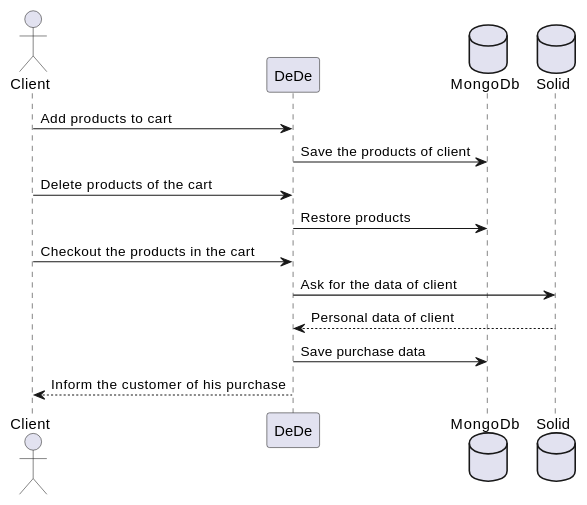
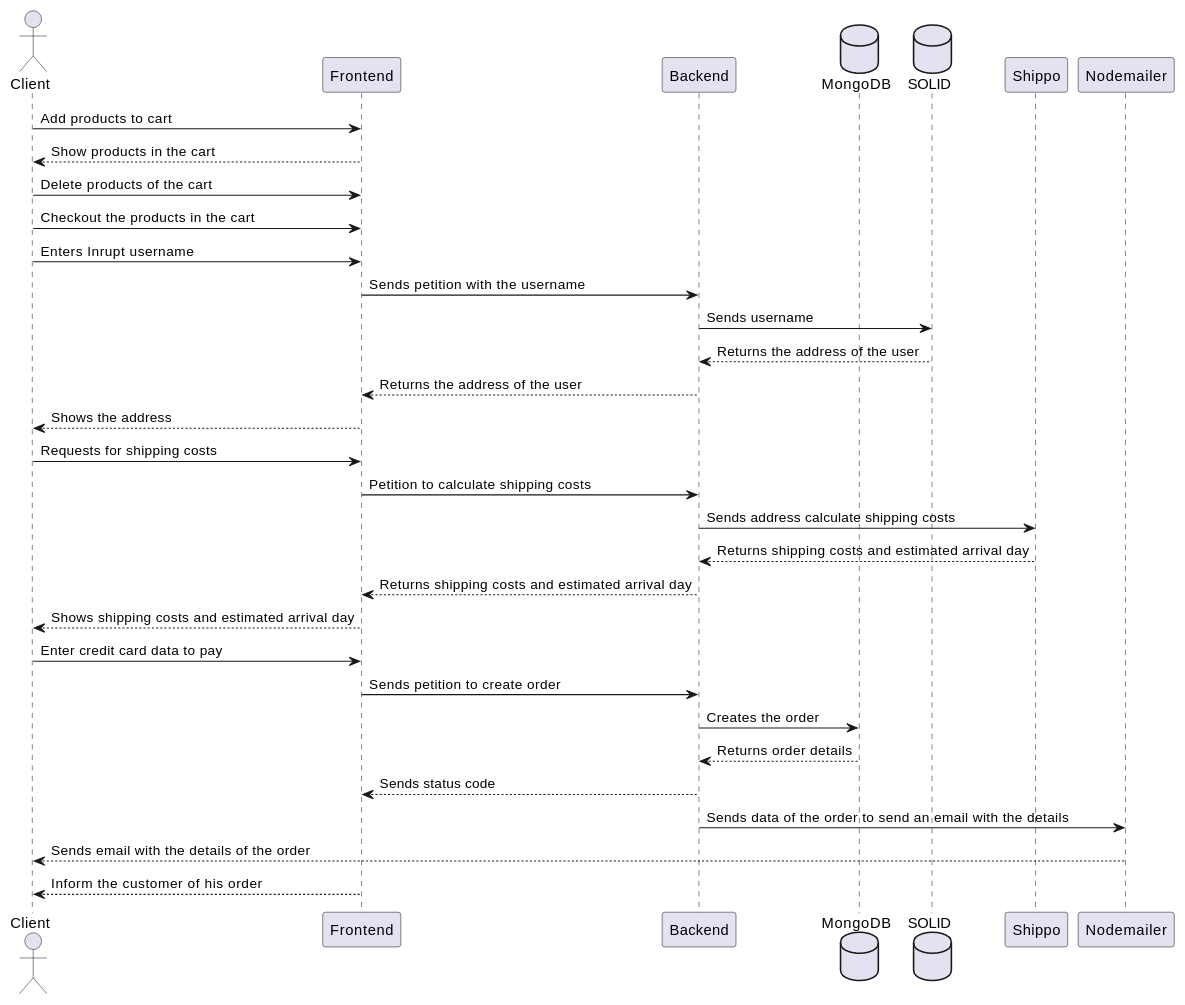
Before and after one commit to Arquisoft/Arquisoft-dede_es_04a: the third of 6 diagrams in docs/06_runtime_view.adoc, drawn with PlantUML.

Commit message:
Diagrama de compra

```diff
--- a/docs/06_runtime_view.adoc
+++ b/docs/06_runtime_view.adoc
@@ -65,18 +65,36 @@
 [plantuml,"BuyingProcess",png]
 ----
 @startuml
 actor Client
-participant DeDe
-database MongoDb
-database Solid
-Client -> DeDe: Add products to cart
-DeDe -> MongoDb: Save the products of client
-Client -> DeDe: Delete products of the cart
-DeDe -> MongoDb: Restore products
-Client -> DeDe: Checkout the products in the cart
-DeDe -> Solid: Ask for the data of client
-Solid --> DeDe: Personal data of client
-DeDe -> MongoDb: Save purchase data
-DeDe --> Client: Inform the customer of his purchase
+participant Frontend
+participant Backend
+database MongoDB
+database SOLID
+participant Shippo
+participant Nodemailer
+Client -> Frontend: Add products to cart
+Frontend --> Client: Show products in the cart
+Client -> Frontend: Delete products of the cart
+Client -> Frontend: Checkout the products in the cart
+Client -> Frontend: Enters Inrupt username
+Frontend -> Backend: Sends petition with the username
+Backend -> SOLID: Sends username
+SOLID --> Backend: Returns the address of the user
+Backend --> Frontend: Returns the address of the user
+Frontend --> Client: Shows the address
+Client -> Frontend: Requests for shipping costs
+Frontend -> Backend: Petition to calculate shipping costs
+Backend -> Shippo: Sends address calculate shipping costs
+Shippo --> Backend: Returns shipping costs and estimated arrival day
+Backend --> Frontend: Returns shipping costs and estimated arrival day
+Frontend --> Client: Shows shipping costs and estimated arrival day
+Client -> Frontend: Enter credit card data to pay
+Frontend -> Backend: Sends petition to create order
+Backend -> MongoDB: Creates the order
+MongoDB --> Backend: Returns order details
+Backend --> Frontend: Sends status code
+Backend -> Nodemailer: Sends data of the order to send an email with the details
+Nodemailer --> Client: Sends email with the details of the order
+Frontend --> Client: Inform the customer of his order
 @enduml
 ----
```
